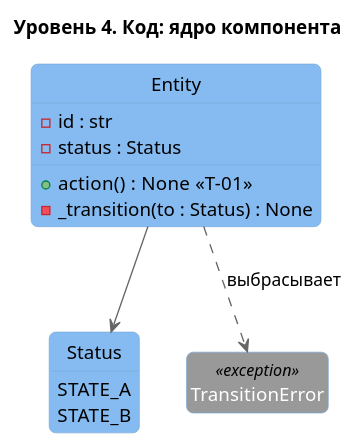
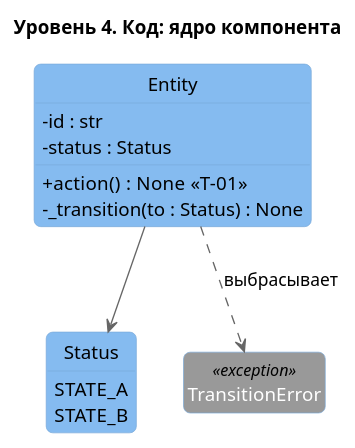
Before and after one commit to archdataops/feature-specification-template: the diagram in template/c4/04_code.md, drawn with PlantUML. The commit also changed other lines of this file and 39 other files, not shown here.

Commit message:
Add C4 docs and rendered diagram templates

````diff
--- a/template/c4/04_code.md
+++ b/template/c4/04_code.md
@@ -5,39 +7,40 @@
 ```plantuml
 @startuml
 hide empty members
 hide circle
+skinparam classAttributeIconSize 0
 ' Цвета как у компонентов C4 (уровень 3)
 skinparam shadowing false
 skinparam roundCorner 10
 skinparam ArrowColor #666666
 skinparam class {
   BackgroundColor #85BBF0
   BorderColor #78A8D8
   FontColor #000000
   BackgroundColor<<exception>> #999999
   FontColor<<exception>> #FFFFFF
 }
 skinparam note {
   BackgroundColor #F5F5F5
   BorderColor #999999
 }
 title Уровень 4. Код: ядро компонента
 
 enum Status {
   STATE_A
   STATE_B
 }
 
 class Entity {
   - id : str
   - status : Status
   + action() : None  <<T-01>>
   - _transition(to : Status) : None
 }
 
 class TransitionError <<exception>>
 
 Entity --> Status
 Entity ..> TransitionError : выбрасывает
 @enduml
 ```
````
